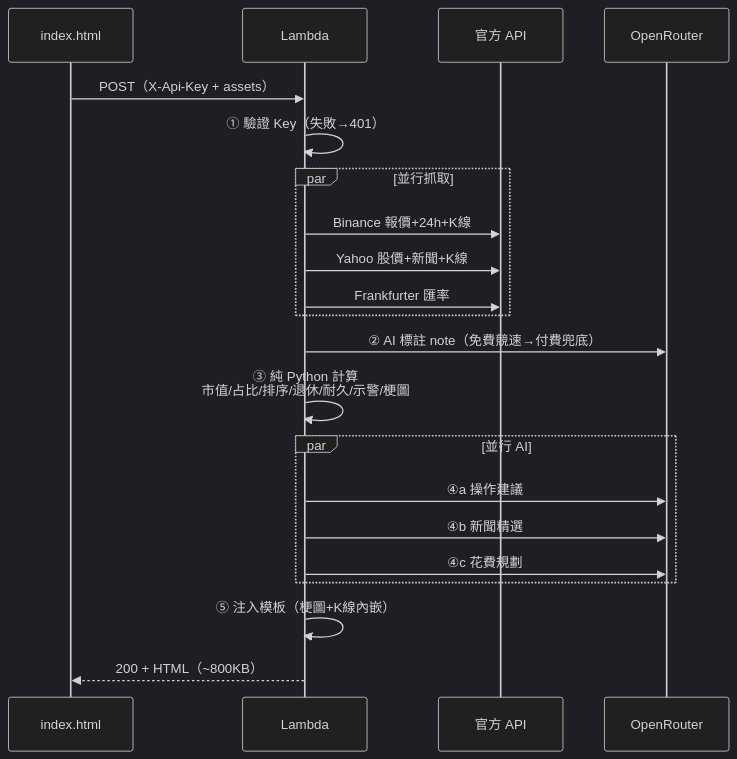
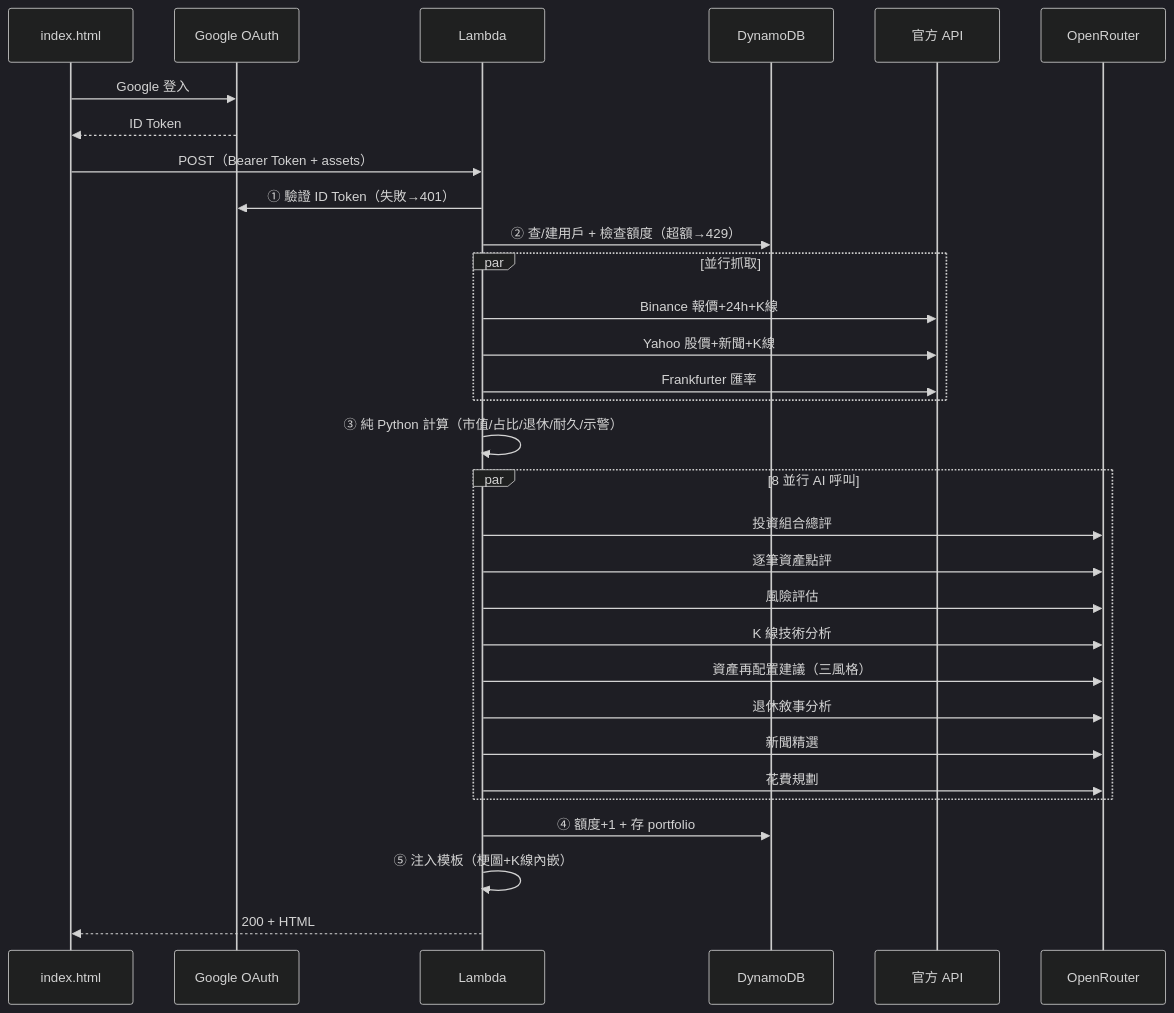
The third of 3 diagrams in README.md (burma2005/asset-report-bot), drawn with Mermaid before and after one commit. The commit also changed other lines of this file and 10 other files, not shown here.

First line of the commit message:
階段二：Google 登入 + DynamoDB 三層級用戶 + AI 深度分析

````diff
--- a/README.md
+++ b/README.md
@@ -80,25 +83,35 @@
 ```mermaid
 %%{init: {'theme':'dark', 'themeVariables': {'fontSize':'18px'}}}%%
 sequenceDiagram
     participant U as index.html
+    participant G as Google OAuth
     participant L as Lambda
+    participant DB as DynamoDB
     participant API as 官方 API
     participant AI as OpenRouter
 
-    U->>L: POST（X-Api-Key + assets）
-    L->>L: ① 驗證 Key（失敗→401）
+    U->>G: Google 登入
+    G-->>U: ID Token
+    U->>L: POST（Bearer Token + assets）
+    L->>G: ① 驗證 ID Token（失敗→401）
+    L->>DB: ② 查/建用戶 + 檢查額度（超額→429）
     par 並行抓取
         L->>API: Binance 報價+24h+K線
         L->>API: Yahoo 股價+新聞+K線
         L->>API: Frankfurter 匯率
     end
-    L->>AI: ② AI 標註 note（免費競速→付費兜底）
-    L->>L: ③ 純 Python 計算<br/>市值/占比/排序/退休/耐久/示警/梗圖
-    par 並行 AI
-        L->>AI: ④a 操作建議
-        L->>AI: ④b 新聞精選
-        L->>AI: ④c 花費規劃
+    L->>L: ③ 純 Python 計算（市值/占比/退休/耐久/示警）
+    par 8 並行 AI 呼叫
+        L->>AI: 投資組合總評
+        L->>AI: 逐筆資產點評
+        L->>AI: 風險評估
+        L->>AI: K 線技術分析
+        L->>AI: 資產再配置建議（三風格）
+        L->>AI: 退休敘事分析
+        L->>AI: 新聞精選
+        L->>AI: 花費規劃
     end
+    L->>DB: ④ 額度+1 + 存 portfolio
     L->>L: ⑤ 注入模板（梗圖+K線內嵌）
-    L-->>U: 200 + HTML（~800KB）
+    L-->>U: 200 + HTML
 ```
````
